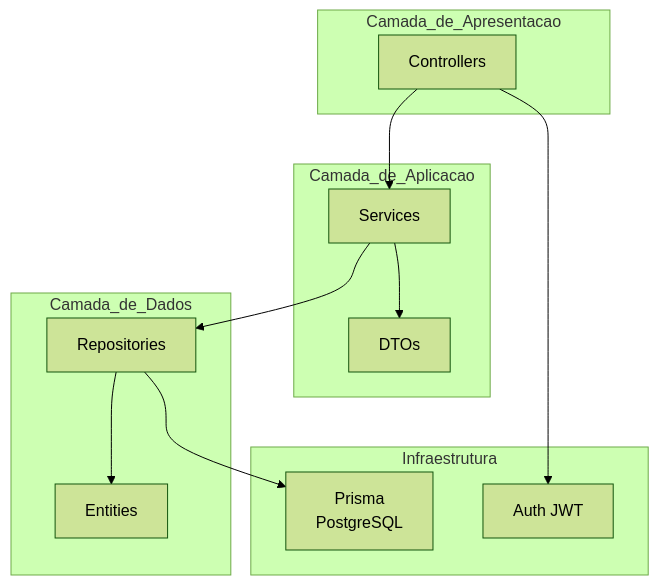
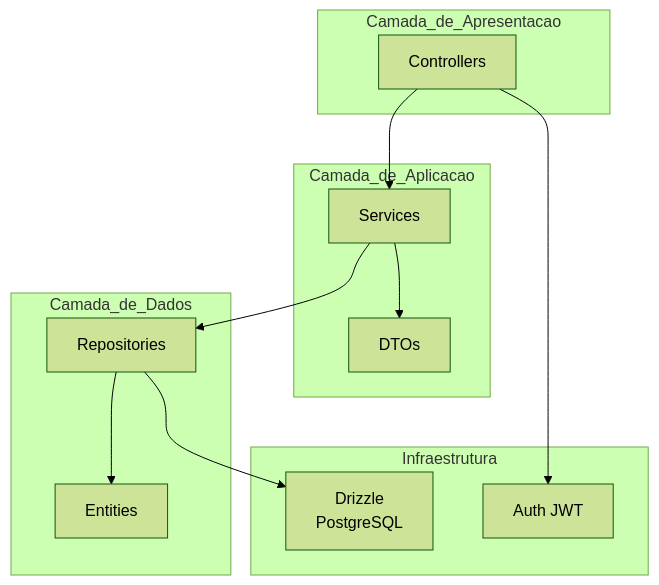
The first of 5 diagrams in docs/02-arquitetura-backend.md (TROCA-AULA/troca-aula-backend), drawn with Mermaid (forest theme) before and after one commit. The commit also changed other lines of this file and 9 other files, not shown here.

````diff
--- a/docs/02-arquitetura-backend.md
+++ b/docs/02-arquitetura-backend.md
@@ -7,28 +7,28 @@
 ```mermaid
 graph TB
     subgraph Camada_de_Apresentacao
         C[Controllers]
     end
     
     subgraph Camada_de_Aplicacao
         S[Services]
         D[DTOs]
     end
     
     subgraph Camada_de_Dados
         R[Repositories]
         E[Entities]
     end
     
     subgraph Infraestrutura
-        P[Prisma<br/>PostgreSQL]
+        P[Drizzle<br/>PostgreSQL]
         A[Auth JWT]
     end
     
     C --> S
     S --> D
     S --> R
     R --> E
     R --> P
     C --> A
 ```
````
